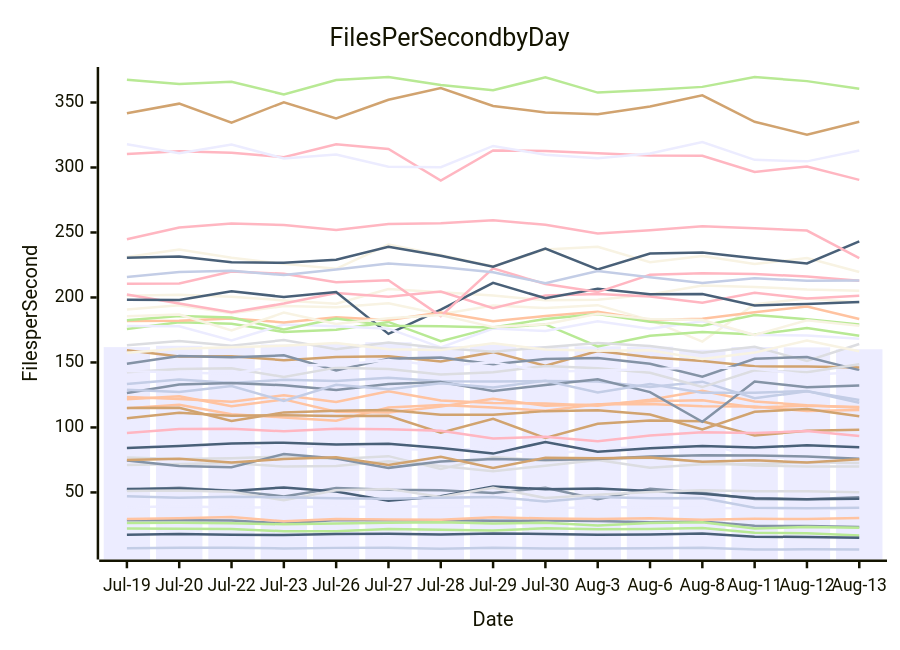
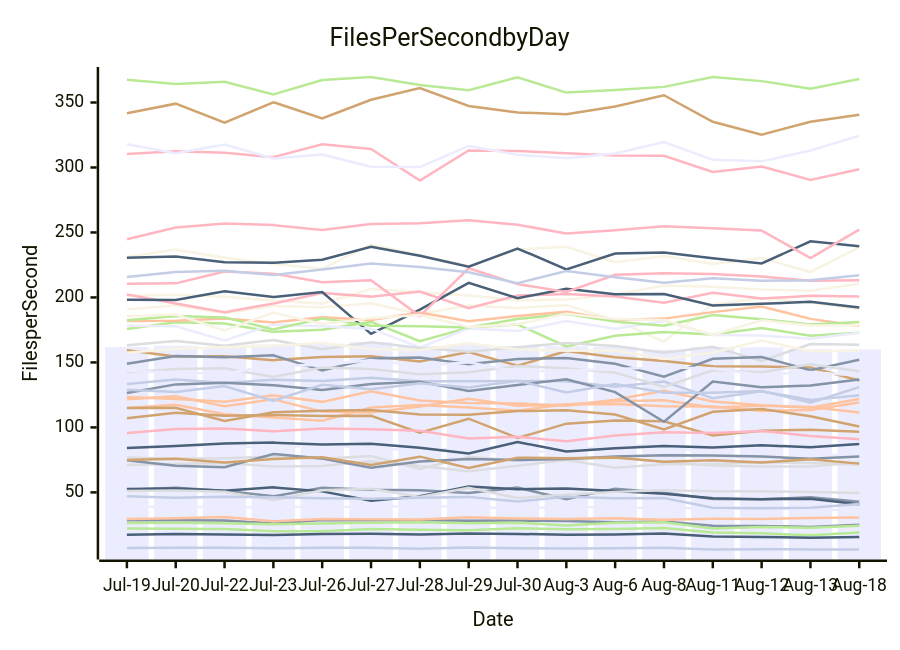
Before and after one commit to streetsidesoftware/cspell: the diagram in perf-report.md, drawn with Mermaid. The commit also changed other lines of this file and 1 other file, not shown here.

````diff
--- a/perf-report.md
+++ b/perf-report.md
@@ -10,57 +10,57 @@
 ```mermaid
 xychart-beta
     title Files Per Second by Day
     y-axis Files per Second
-    x-axis Date [Jul-19, Jul-20, Jul-22, Jul-23, Jul-26, Jul-27, Jul-28, Jul-29, Jul-30, Aug-3, Aug-6, Aug-8, Aug-11, Aug-12, Aug-13]
-    bar [161.80, 162.84, 161.83, 163.82, 164.32, 165.56, 162.55, 163.67, 162.66, 162.42, 162.15, 159.78, 161.87, 161.59, 160.12]
-    line [28.56, 28.51, 28.41, 26.08, 28.71, 28.53, 28.56, 28.21, 28.32, 27.98, 27.09, 27.59, 24.33, 24.19, 23.40]
-    line [114.86, 117.38, 110.16, 107.68, 105.10, 115.28, 117.30, 115.27, 112.83, 117.78, 117.94, 116.33, 116.04, 112.64, 113.43]
-    line [76.84, 75.79, 76.25, 77.55, 75.81, 77.91, 68.05, 77.31, 74.56, 75.13, 76.66, 73.32, 70.77, 69.86, 70.01]
-    line [22.19, 22.10, 21.88, 20.15, 20.04, 21.91, 21.31, 20.80, 22.35, 21.72, 21.80, 22.54, 19.07, 18.54, 16.95]
-    line [107.07, 111.31, 108.98, 109.47, 108.84, 109.00, 95.94, 106.70, 91.83, 102.88, 105.40, 104.69, 93.74, 97.45, 98.22]
-    line [133.37, 136.93, 134.10, 136.61, 135.79, 138.26, 135.57, 135.43, 135.66, 135.43, 131.19, 135.23, 122.44, 127.81, 121.17]
-    line [95.75, 98.78, 99.06, 97.00, 99.07, 98.61, 97.42, 91.49, 92.79, 89.32, 93.72, 96.32, 95.66, 97.25, 93.41]
-    line [17.44, 17.98, 17.51, 17.20, 17.96, 18.17, 17.67, 18.43, 18.02, 17.45, 17.65, 18.37, 15.99, 15.64, 15.11]
-    line [201.36, 202.08, 200.55, 197.73, 195.25, 206.51, 204.03, 201.53, 197.81, 198.32, 202.22, 209.23, 208.13, 206.12, 205.21]
-    line [38.46, 39.54, 38.13, 38.75, 38.94, 38.82, 39.51, 39.23, 37.37, 39.03, 38.14, 38.18, 37.54, 37.60, 36.71]
-    line [52.01, 53.58, 51.27, 46.96, 53.48, 52.00, 51.65, 49.61, 53.65, 44.73, 52.88, 49.80, 44.85, 44.73, 46.28]
-    line [123.46, 121.92, 119.72, 124.69, 119.65, 127.83, 120.71, 118.86, 118.39, 116.67, 121.26, 128.17, 119.97, 117.10, 115.21]
-    line [71.04, 71.91, 72.70, 69.86, 70.37, 73.91, 70.30, 66.36, 70.57, 74.92, 69.05, 71.64, 71.63, 73.23, 72.55]
-    line [26.50, 26.68, 26.34, 25.46, 26.08, 26.71, 26.98, 26.19, 26.72, 24.58, 26.54, 27.00, 22.24, 23.36, 22.81]
-    line [341.72, 349.11, 334.55, 350.21, 337.72, 352.09, 361.09, 347.33, 342.33, 341.03, 346.90, 355.56, 335.17, 325.27, 335.20]
-    line [7.13, 7.42, 7.37, 6.94, 7.34, 7.37, 6.62, 7.52, 6.92, 6.91, 7.06, 7.47, 6.09, 6.22, 6.12]
-    line [310.30, 312.46, 311.42, 307.91, 317.83, 314.26, 289.97, 313.11, 312.72, 310.96, 309.18, 308.97, 296.59, 300.81, 290.46]
-    line [52.69, 53.02, 51.19, 53.86, 50.78, 43.58, 47.06, 54.57, 52.43, 53.03, 51.13, 48.90, 45.53, 44.69, 45.18]
-    line [190.82, 194.01, 187.89, 193.41, 192.42, 195.47, 187.19, 193.79, 191.90, 194.07, 182.58, 166.07, 194.86, 199.17, 196.17]
-    line [85.67, 84.70, 86.32, 83.67, 87.12, 83.64, 82.58, 83.71, 79.08, 83.62, 84.88, 87.82, 77.70, 75.58, 76.94]
-    line [74.65, 70.42, 69.35, 79.56, 76.05, 68.90, 73.77, 75.65, 74.99, 75.71, 77.66, 78.66, 78.35, 77.65, 75.86]
-    line [121.72, 123.96, 116.30, 121.57, 112.16, 111.54, 116.14, 122.06, 116.65, 117.60, 120.09, 120.85, 115.35, 116.69, 115.74]
-    line [51.07, 51.44, 50.43, 43.97, 51.67, 52.73, 46.52, 53.63, 45.66, 48.27, 50.39, 51.68, 50.89, 50.88, 50.22]
-    line [175.73, 180.87, 179.86, 173.49, 175.22, 181.17, 166.29, 176.78, 179.24, 162.30, 170.51, 173.47, 171.46, 176.49, 170.50]
-    line [159.37, 154.51, 154.84, 151.75, 154.10, 154.75, 150.75, 157.93, 147.43, 158.79, 154.00, 151.10, 147.11, 146.86, 146.10]
-    line [47.09, 45.82, 46.71, 46.24, 45.49, 45.13, 45.94, 46.54, 43.06, 46.57, 45.56, 45.66, 38.22, 37.79, 38.23]
-    line [202.31, 195.34, 188.56, 195.30, 203.49, 200.63, 204.54, 191.76, 201.55, 202.60, 200.71, 195.89, 203.57, 199.20, 201.23]
-    line [198.16, 198.05, 204.69, 200.38, 204.18, 172.00, 190.59, 211.20, 199.37, 206.67, 202.54, 202.61, 193.89, 195.05, 196.60]
-    line [231.13, 236.94, 230.60, 225.84, 222.04, 240.74, 232.71, 223.95, 236.98, 238.93, 227.08, 231.94, 225.75, 230.29, 219.53]
-    line [178.14, 177.77, 166.91, 179.23, 177.92, 175.97, 161.59, 176.09, 174.17, 181.77, 175.87, 181.75, 171.06, 170.80, 168.18]
-    line [126.47, 133.10, 134.27, 132.41, 128.75, 133.45, 135.04, 127.98, 132.62, 137.05, 127.16, 104.34, 135.34, 130.97, 132.26]
-    line [181.92, 182.11, 183.75, 180.78, 184.81, 182.65, 188.37, 181.75, 185.70, 188.91, 182.68, 183.70, 188.70, 193.07, 183.50]
-    line [163.25, 166.55, 162.82, 167.25, 160.14, 165.42, 161.19, 158.31, 161.70, 164.91, 162.58, 157.48, 162.05, 151.08, 164.19]
-    line [182.49, 185.76, 184.64, 175.39, 183.80, 178.20, 177.82, 176.95, 183.37, 187.31, 181.39, 178.30, 186.48, 183.29, 179.27]
-    line [74.96, 75.84, 73.04, 75.74, 77.07, 71.05, 77.49, 68.74, 76.65, 76.34, 76.92, 73.53, 74.78, 72.96, 75.57]
-    line [128.92, 127.23, 131.88, 120.40, 132.81, 129.34, 133.97, 130.74, 135.91, 126.83, 133.33, 126.61, 126.72, 128.04, 119.05]
-    line [210.58, 210.83, 219.91, 218.25, 211.67, 213.25, 185.65, 222.45, 210.28, 204.15, 217.44, 218.55, 218.05, 216.13, 212.80]
-    line [230.57, 231.48, 227.16, 226.70, 229.01, 239.01, 232.02, 223.69, 237.66, 221.63, 233.74, 234.59, 230.11, 226.13, 243.15]
-    line [185.47, 186.89, 174.56, 188.32, 179.58, 184.08, 186.53, 177.20, 179.37, 187.46, 183.38, 182.66, 171.17, 182.41, 178.32]
-    line [317.85, 311.01, 317.69, 306.96, 309.97, 300.54, 300.28, 316.56, 309.78, 307.09, 310.74, 319.60, 305.87, 304.71, 313.08]
-    line [149.05, 154.95, 153.94, 155.48, 143.79, 152.94, 153.75, 148.60, 152.63, 153.39, 148.93, 139.04, 152.86, 154.13, 144.07]
-    line [29.57, 30.13, 31.01, 27.77, 29.48, 29.26, 29.06, 30.88, 29.94, 29.48, 30.19, 29.03, 29.67, 29.60, 30.33]
-    line [142.51, 144.87, 145.54, 138.82, 146.01, 144.90, 140.82, 142.51, 147.27, 145.58, 142.12, 131.06, 143.98, 142.41, 148.62]
-    line [367.49, 364.21, 365.97, 356.16, 367.24, 369.57, 363.41, 359.37, 369.40, 357.63, 359.56, 362.02, 369.62, 366.45, 360.63]
-    line [114.93, 115.08, 104.93, 111.58, 112.75, 113.47, 109.84, 109.80, 112.55, 113.19, 109.88, 98.38, 112.00, 114.17, 108.57]
-    line [215.75, 219.62, 220.62, 217.24, 221.48, 226.19, 223.44, 219.34, 210.97, 220.37, 215.62, 211.22, 214.76, 212.79, 213.14]
-    line [244.82, 253.83, 256.85, 255.68, 251.95, 256.48, 257.08, 259.44, 255.93, 249.24, 251.79, 254.83, 253.26, 251.44, 230.32]
-    line [84.13, 85.63, 87.55, 88.29, 86.90, 87.47, 84.26, 79.87, 88.81, 81.39, 83.97, 85.77, 84.48, 86.21, 84.78]
-    line [157.44, 160.47, 161.66, 162.86, 164.94, 160.13, 159.49, 164.72, 159.99, 159.02, 159.32, 152.64, 157.58, 166.90, 158.63]
-    line [143.50, 142.28, 141.37, 147.86, 147.77, 151.94, 147.31, 150.10, 142.92, 143.82, 144.85, 146.35, 145.37, 140.27, 142.62]
+    x-axis Date [Jul-19, Jul-20, Jul-22, Jul-23, Jul-26, Jul-27, Jul-28, Jul-29, Jul-30, Aug-3, Aug-6, Aug-8, Aug-11, Aug-12, Aug-13, Aug-18]
+    bar [161.80, 162.84, 161.83, 163.82, 164.32, 165.56, 162.55, 163.67, 162.66, 162.42, 162.15, 159.78, 161.87, 161.59, 160.12, 160.00]
+    line [28.56, 28.51, 28.41, 26.08, 28.71, 28.53, 28.56, 28.21, 28.32, 27.98, 27.09, 27.59, 24.33, 24.19, 23.40, 25.07]
+    line [114.86, 117.38, 110.16, 107.68, 105.10, 115.28, 117.30, 115.27, 112.83, 117.78, 117.94, 116.33, 116.04, 112.64, 113.43, 119.19]
+    line [76.84, 75.79, 76.25, 77.55, 75.81, 77.91, 68.05, 77.31, 74.56, 75.13, 76.66, 73.32, 70.77, 69.86, 70.01, 73.04]
+    line [22.19, 22.10, 21.88, 20.15, 20.04, 21.91, 21.31, 20.80, 22.35, 21.72, 21.80, 22.54, 19.07, 18.54, 16.95, 19.10]
+    line [107.07, 111.31, 108.98, 109.47, 108.84, 109.00, 95.94, 106.70, 91.83, 102.88, 105.40, 104.69, 93.74, 97.45, 98.22, 96.65]
+    line [133.37, 136.93, 134.10, 136.61, 135.79, 138.26, 135.57, 135.43, 135.66, 135.43, 131.19, 135.23, 122.44, 127.81, 121.17, 124.81]
+    line [95.75, 98.78, 99.06, 97.00, 99.07, 98.61, 97.42, 91.49, 92.79, 89.32, 93.72, 96.32, 95.66, 97.25, 93.41, 90.83]
+    line [17.44, 17.98, 17.51, 17.20, 17.96, 18.17, 17.67, 18.43, 18.02, 17.45, 17.65, 18.37, 15.99, 15.64, 15.11, 15.67]
+    line [201.36, 202.08, 200.55, 197.73, 195.25, 206.51, 204.03, 201.53, 197.81, 198.32, 202.22, 209.23, 208.13, 206.12, 205.21, 210.46]
+    line [38.46, 39.54, 38.13, 38.75, 38.94, 38.82, 39.51, 39.23, 37.37, 39.03, 38.14, 38.18, 37.54, 37.60, 36.71, 36.51]
+    line [52.01, 53.58, 51.27, 46.96, 53.48, 52.00, 51.65, 49.61, 53.65, 44.73, 52.88, 49.80, 44.85, 44.73, 46.28, 42.85]
+    line [123.46, 121.92, 119.72, 124.69, 119.65, 127.83, 120.71, 118.86, 118.39, 116.67, 121.26, 128.17, 119.97, 117.10, 115.21, 121.90]
+    line [71.04, 71.91, 72.70, 69.86, 70.37, 73.91, 70.30, 66.36, 70.57, 74.92, 69.05, 71.64, 71.63, 73.23, 72.55, 71.44]
+    line [26.50, 26.68, 26.34, 25.46, 26.08, 26.71, 26.98, 26.19, 26.72, 24.58, 26.54, 27.00, 22.24, 23.36, 22.81, 24.23]
+    line [341.72, 349.11, 334.55, 350.21, 337.72, 352.09, 361.09, 347.33, 342.33, 341.03, 346.90, 355.56, 335.17, 325.27, 335.20, 340.52]
+    line [7.13, 7.42, 7.37, 6.94, 7.34, 7.37, 6.62, 7.52, 6.92, 6.91, 7.06, 7.47, 6.09, 6.22, 6.12, 6.05]
+    line [310.30, 312.46, 311.42, 307.91, 317.83, 314.26, 289.97, 313.11, 312.72, 310.96, 309.18, 308.97, 296.59, 300.81, 290.46, 298.69]
+    line [52.69, 53.02, 51.19, 53.86, 50.78, 43.58, 47.06, 54.57, 52.43, 53.03, 51.13, 48.90, 45.53, 44.69, 45.18, 40.85]
+    line [190.82, 194.01, 187.89, 193.41, 192.42, 195.47, 187.19, 193.79, 191.90, 194.07, 182.58, 166.07, 194.86, 199.17, 196.17, 191.14]
+    line [85.67, 84.70, 86.32, 83.67, 87.12, 83.64, 82.58, 83.71, 79.08, 83.62, 84.88, 87.82, 77.70, 75.58, 76.94, 80.70]
+    line [74.65, 70.42, 69.35, 79.56, 76.05, 68.90, 73.77, 75.65, 74.99, 75.71, 77.66, 78.66, 78.35, 77.65, 75.86, 77.65]
+    line [121.72, 123.96, 116.30, 121.57, 112.16, 111.54, 116.14, 122.06, 116.65, 117.60, 120.09, 120.85, 115.35, 116.69, 115.74, 111.39]
+    line [51.07, 51.44, 50.43, 43.97, 51.67, 52.73, 46.52, 53.63, 45.66, 48.27, 50.39, 51.68, 50.89, 50.88, 50.22, 49.59]
+    line [175.73, 180.87, 179.86, 173.49, 175.22, 181.17, 166.29, 176.78, 179.24, 162.30, 170.51, 173.47, 171.46, 176.49, 170.50, 172.92]
+    line [159.37, 154.51, 154.84, 151.75, 154.10, 154.75, 150.75, 157.93, 147.43, 158.79, 154.00, 151.10, 147.11, 146.86, 146.10, 136.12]
+    line [47.09, 45.82, 46.71, 46.24, 45.49, 45.13, 45.94, 46.54, 43.06, 46.57, 45.56, 45.66, 38.22, 37.79, 38.23, 41.09]
+    line [202.31, 195.34, 188.56, 195.30, 203.49, 200.63, 204.54, 191.76, 201.55, 202.60, 200.71, 195.89, 203.57, 199.20, 201.23, 200.81]
+    line [198.16, 198.05, 204.69, 200.38, 204.18, 172.00, 190.59, 211.20, 199.37, 206.67, 202.54, 202.61, 193.89, 195.05, 196.60, 192.32]
+    line [231.13, 236.94, 230.60, 225.84, 222.04, 240.74, 232.71, 223.95, 236.98, 238.93, 227.08, 231.94, 225.75, 230.29, 219.53, 238.65]
+    line [178.14, 177.77, 166.91, 179.23, 177.92, 175.97, 161.59, 176.09, 174.17, 181.77, 175.87, 181.75, 171.06, 170.80, 168.18, 172.80]
+    line [126.47, 133.10, 134.27, 132.41, 128.75, 133.45, 135.04, 127.98, 132.62, 137.05, 127.16, 104.34, 135.34, 130.97, 132.26, 136.82]
+    line [181.92, 182.11, 183.75, 180.78, 184.81, 182.65, 188.37, 181.75, 185.70, 188.91, 182.68, 183.70, 188.70, 193.07, 183.50, 178.10]
+    line [163.25, 166.55, 162.82, 167.25, 160.14, 165.42, 161.19, 158.31, 161.70, 164.91, 162.58, 157.48, 162.05, 151.08, 164.19, 163.52]
+    line [182.49, 185.76, 184.64, 175.39, 183.80, 178.20, 177.82, 176.95, 183.37, 187.31, 181.39, 178.30, 186.48, 183.29, 179.27, 181.07]
+    line [74.96, 75.84, 73.04, 75.74, 77.07, 71.05, 77.49, 68.74, 76.65, 76.34, 76.92, 73.53, 74.78, 72.96, 75.57, 72.13]
+    line [128.92, 127.23, 131.88, 120.40, 132.81, 129.34, 133.97, 130.74, 135.91, 126.83, 133.33, 126.61, 126.72, 128.04, 119.05, 131.02]
+    line [210.58, 210.83, 219.91, 218.25, 211.67, 213.25, 185.65, 222.45, 210.28, 204.15, 217.44, 218.55, 218.05, 216.13, 212.80, 213.27]
+    line [230.57, 231.48, 227.16, 226.70, 229.01, 239.01, 232.02, 223.69, 237.66, 221.63, 233.74, 234.59, 230.11, 226.13, 243.15, 239.31]
+    line [185.47, 186.89, 174.56, 188.32, 179.58, 184.08, 186.53, 177.20, 179.37, 187.46, 183.38, 182.66, 171.17, 182.41, 178.32, 178.57]
+    line [317.85, 311.01, 317.69, 306.96, 309.97, 300.54, 300.28, 316.56, 309.78, 307.09, 310.74, 319.60, 305.87, 304.71, 313.08, 324.40]
+    line [149.05, 154.95, 153.94, 155.48, 143.79, 152.94, 153.75, 148.60, 152.63, 153.39, 148.93, 139.04, 152.86, 154.13, 144.07, 152.10]
+    line [29.57, 30.13, 31.01, 27.77, 29.48, 29.26, 29.06, 30.88, 29.94, 29.48, 30.19, 29.03, 29.67, 29.60, 30.33, 30.62]
+    line [142.51, 144.87, 145.54, 138.82, 146.01, 144.90, 140.82, 142.51, 147.27, 145.58, 142.12, 131.06, 143.98, 142.41, 148.62, 143.28]
+    line [367.49, 364.21, 365.97, 356.16, 367.24, 369.57, 363.41, 359.37, 369.40, 357.63, 359.56, 362.02, 369.62, 366.45, 360.63, 368.14]
+    line [114.93, 115.08, 104.93, 111.58, 112.75, 113.47, 109.84, 109.80, 112.55, 113.19, 109.88, 98.38, 112.00, 114.17, 108.57, 100.66]
+    line [215.75, 219.62, 220.62, 217.24, 221.48, 226.19, 223.44, 219.34, 210.97, 220.37, 215.62, 211.22, 214.76, 212.79, 213.14, 217.00]
+    line [244.82, 253.83, 256.85, 255.68, 251.95, 256.48, 257.08, 259.44, 255.93, 249.24, 251.79, 254.83, 253.26, 251.44, 230.32, 252.21]
+    line [84.13, 85.63, 87.55, 88.29, 86.90, 87.47, 84.26, 79.87, 88.81, 81.39, 83.97, 85.77, 84.48, 86.21, 84.78, 87.25]
+    line [157.44, 160.47, 161.66, 162.86, 164.94, 160.13, 159.49, 164.72, 159.99, 159.02, 159.32, 152.64, 157.58, 166.90, 158.63, 158.95]
+    line [143.50, 142.28, 141.37, 147.86, 147.77, 151.94, 147.31, 150.10, 142.92, 143.82, 144.85, 146.35, 145.37, 140.27, 142.62, 139.83]
 ```
````
